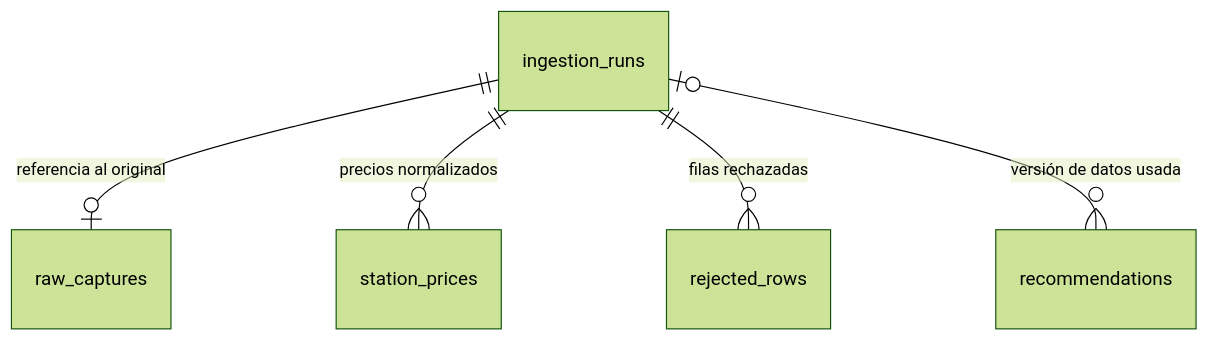
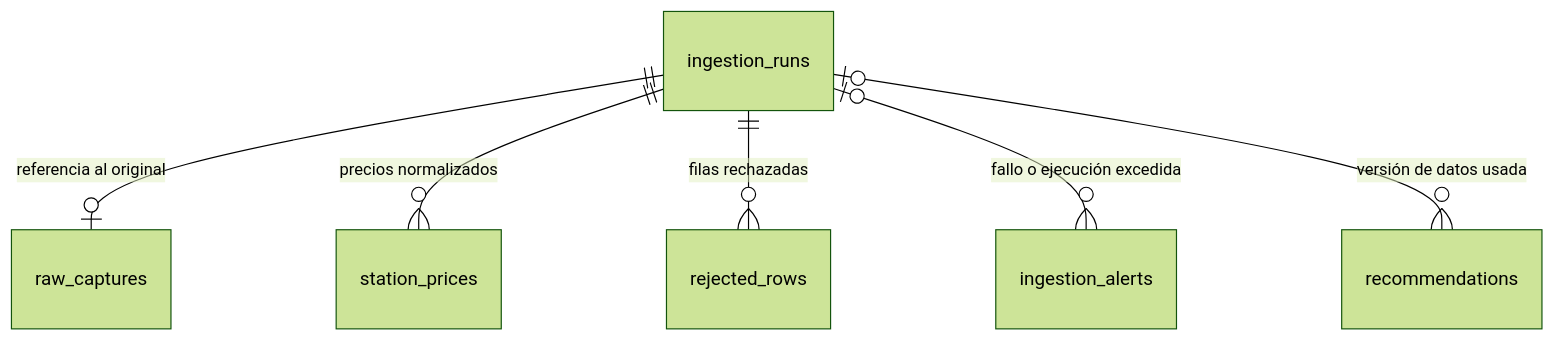
One commit to estanislaomolina/nafta2go changed the diagram in docs/PERSISTENCIA.md. Above: the diagram before and after it, drawn with Mermaid (forest theme). The commit also changed other lines of this file and 8 other files, not shown here.

````diff
--- a/docs/PERSISTENCIA.md
+++ b/docs/PERSISTENCIA.md
@@ -35,7 +35,8 @@
 ```mermaid
 erDiagram
     ingestion_runs ||--o| raw_captures : "referencia al original"
     ingestion_runs ||--o{ station_prices : "precios normalizados"
     ingestion_runs ||--o{ rejected_rows : "filas rechazadas"
+    ingestion_runs |o--o{ ingestion_alerts : "fallo o ejecución excedida"
     ingestion_runs |o--o{ recommendations : "versión de datos usada"
 ```
````
